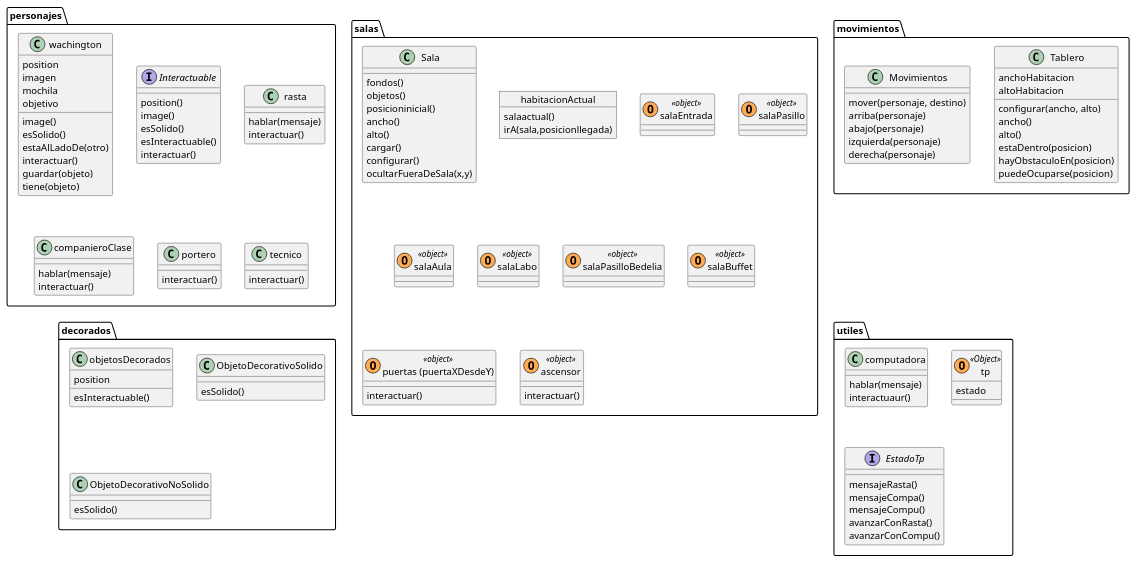
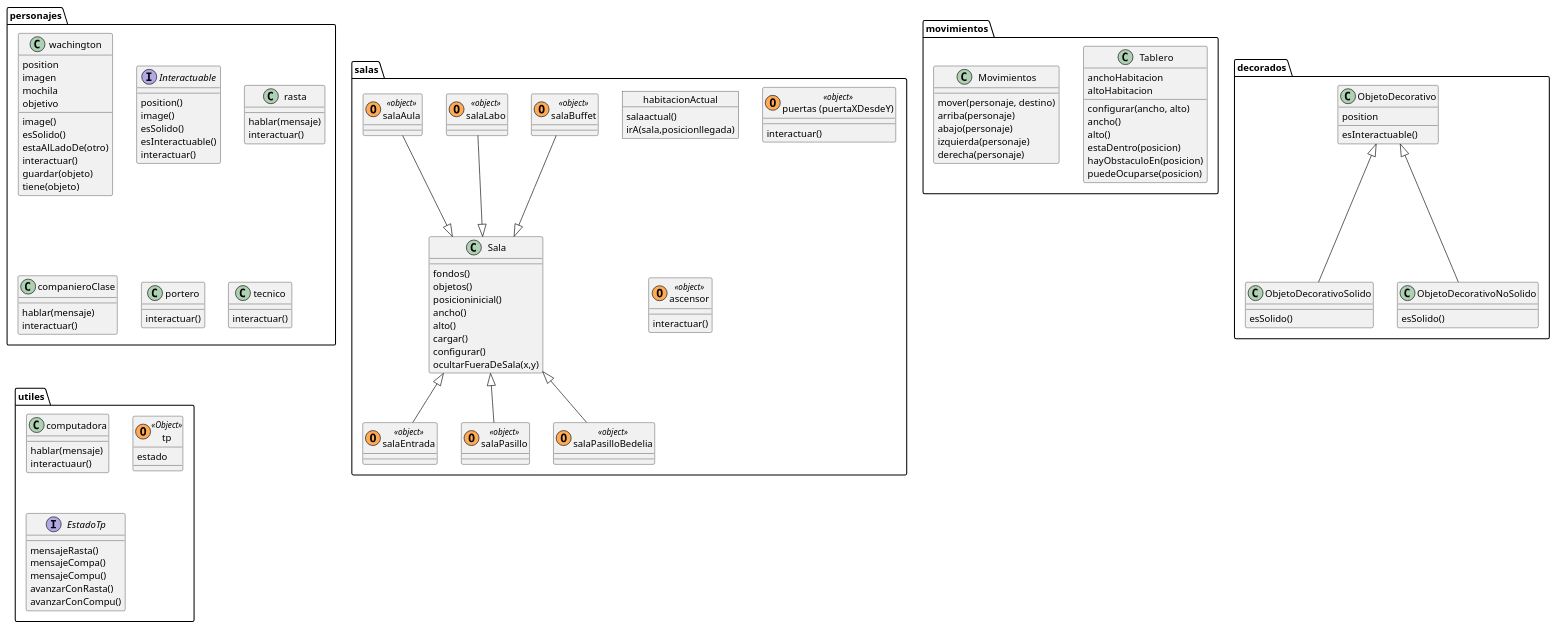
One commit to pdep-mit/tp-wg-2026-poder-Los_pollos_hermanos changed the diagram in Diagrama/diagrama.puml. Above: the diagram before and after it, drawn with PlantUML.

Commit message:
diagrama - relaciones de herencia (creo que todas)

```diff
--- a/Diagrama/diagrama.puml
+++ b/Diagrama/diagrama.puml
@@ -1,136 +1,149 @@
 @startuml Juego
 
-
- 
 package personajes {
   class wachington  {
     position
     imagen
     mochila
     objetivo
     image()
     esSolido()
     estaAlLadoDe(otro)
     interactuar()
     guardar(objeto)
     tiene(objeto)
   }
 
   interface Interactuable {
     position()
     image()
     esSolido()
     esInteractuable()
     interactuar()
   }
 
   class rasta  {
     hablar(mensaje)
     interactuar()
   }
   class companieroClase {
     hablar(mensaje)
     interactuar()
   }
   class portero {
     interactuar()
   }
   class tecnico  {
     interactuar()
   }
 }
 
 
 
 package movimientos {
 class Tablero {
   anchoHabitacion
     altoHabitacion
     configurar(ancho, alto)
     ancho()
     alto()
     estaDentro(posicion)
     hayObstaculoEn(posicion)
     puedeOcuparse(posicion)
   }
 class Movimientos {
   mover(personaje, destino)
     arriba(personaje)
     abajo(personaje)
     izquierda(personaje)
     derecha(personaje)
  }
 }
 
 
 package salas {
 class Sala {
   fondos()
   objetos()
   posicioninicial()
   ancho()
   alto()
   cargar()
   configurar()
   ocultarFueraDeSala(x,y)
 }
 
 Object habitacionActual {
   salaactual()
   irA(sala,posicionllegada)
 }
 
 ' El #FFAA55 le da el color naranja en el diagrama, es solo un detalle ' 
 ' El O para referenciar que es un objeto (explicar en la presentacion)
   class salaEntrada <<(O,#FFAA55) object>> 
   class salaPasillo <<(O,#FFAA55) object>>
   class salaAula <<(O,#FFAA55) object>>
   class salaLabo <<(O,#FFAA55) object>>
   class salaPasilloBedelia <<(O,#FFAA55) object>>
   class salaBuffet <<(O,#FFAA55) object>>
 
 'lo pongo asi para diferenciar de las decorativas ' 
 class "puertas (puertaXDesdeY)" as puertas <<(O,#FFAA55) object>> {
     interactuar()
   }
 class ascensor <<(O,#FFAA55) object>> {
     interactuar()
   }
 }
 
 
 package decorados {
- class objetosDecorados {
+ class ObjetoDecorativo {
   position
     esInteractuable()
   }
   class ObjetoDecorativoSolido {
     esSolido()
   }
   class ObjetoDecorativoNoSolido {
     esSolido()
   }
 }
 
 
 
 package utiles {
 class computadora {
   hablar(mensaje)
   interactuaur()
 }
 
 class tp <<(O,#FFAA55) Object>> {
   estado
 }
 
 interface EstadoTp {
     mensajeRasta()
     mensajeCompa()
     mensajeCompu()
     avanzarConRasta()
     avanzarConCompu()
   }
 }
 
+
+' Relaciones ' 
+
+' Herencia' 
+ObjetoDecorativo <|-- ObjetoDecorativoSolido
+ObjetoDecorativo <|-- ObjetoDecorativoNoSolido
+
+Sala <|-d- salaEntrada
+Sala <|-d- salaPasillo
+Sala <|-u- salaAula
+Sala <|-u- salaLabo
+Sala <|-d- salaPasilloBedelia
+Sala <|-u- salaBuffet
+
+
 @enduml
```
